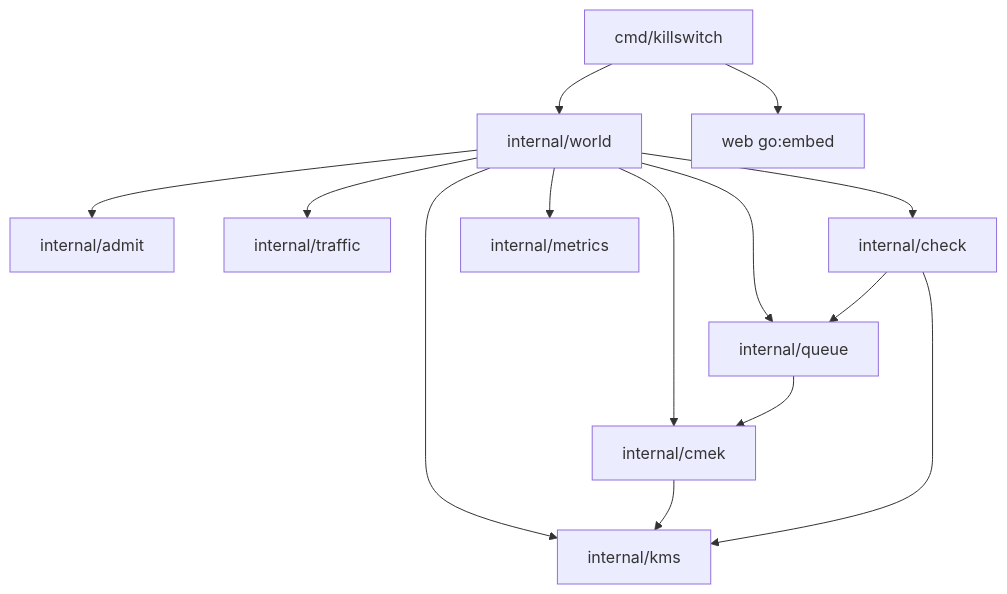
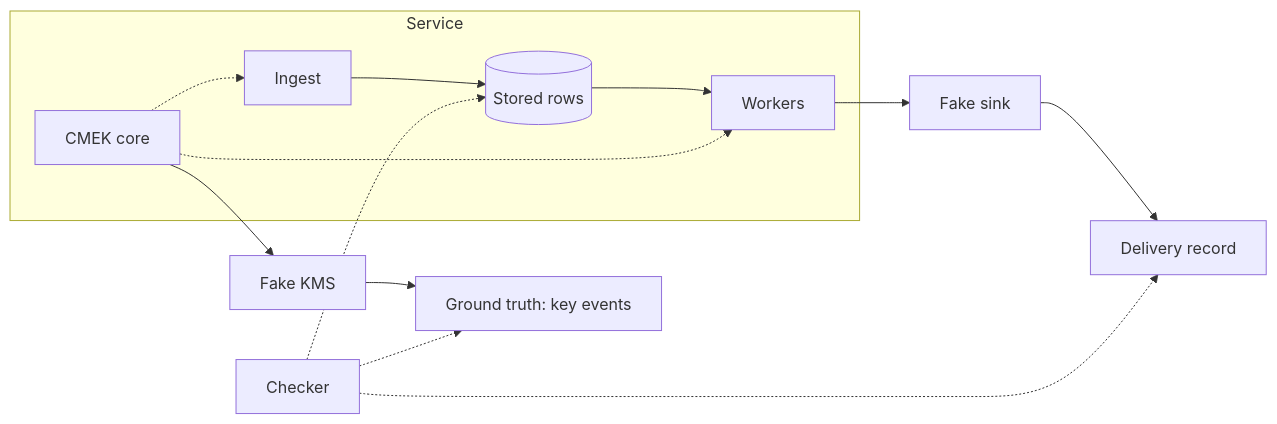
One commit to prabenzo/cmek changed the diagram in docs/plan/ARCHITECTURE.md. Above: the diagram before and after it, drawn with Mermaid. The commit also changed other lines of this file and 11 other files, not shown here.

First line of the commit message:
docs(plan): make ARCHITECTURE.md high-level; move detail to DESIGN-REFERENCE.md

````diff
--- a/docs/plan/ARCHITECTURE.md
+++ b/docs/plan/ARCHITECTURE.md
@@ -29,16 +68,15 @@
 ```mermaid
-flowchart TD
-  CMD[cmd/killswitch] --> WORLD[internal/world]
-  CMD --> WEB[web go:embed]
-  WORLD --> CMEK[internal/cmek]
-  WORLD --> KMS[internal/kms]
-  WORLD --> QUEUE[internal/queue]
-  WORLD --> ADMIT[internal/admit]
-  WORLD --> TRAFFIC[internal/traffic]
-  WORLD --> CHECK[internal/check]
-  WORLD --> METRICS[internal/metrics]
-  CMEK --> KMS
-  QUEUE --> CMEK
-  CHECK --> QUEUE
-  CHECK --> KMS
+flowchart LR
+  subgraph SVC [Service]
+    IN[Ingest] --> Q[(Stored rows)] --> W[Workers]
+    CORE[CMEK core] -.-> IN
+    CORE -.-> W
+  end
+  CORE --> KMS[Fake KMS]
+  W --> SINK[Fake sink]
+  KMS --> GT[Ground truth: key events]
+  SINK --> DR[Delivery record]
+  CHK[Checker] -.-> Q
+  CHK -.-> GT
+  CHK -.-> DR
 ```
````
